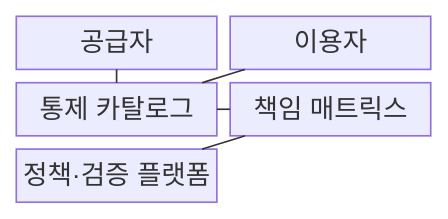
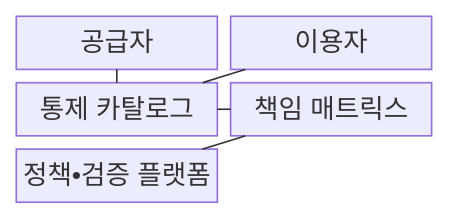
One commit to agnusdei1207/knowledge-base changed the first of 2 diagrams in src/content/docs/notes/03-software/145_shared_responsibility_model.md. Above: the diagram before and after it, drawn with Mermaid. The commit also changed other lines of this file and 953 other files, not shown here.

````diff
--- a/src/content/docs/notes/03-software/145_shared_responsibility_model.md
+++ b/src/content/docs/notes/03-software/145_shared_responsibility_model.md
@@ -66,13 +66,13 @@
 ```mermaid
 block
     columns 2
     P["공급자"]
     C["이용자"]
     K["통제 카탈로그"]
     R["책임 매트릭스"]
-    V["정책·검증 플랫폼"]
+    V["정책•검증 플랫폼"]
     P --- K
     C --- K
     K --- R
     R --- V
 ```
````
